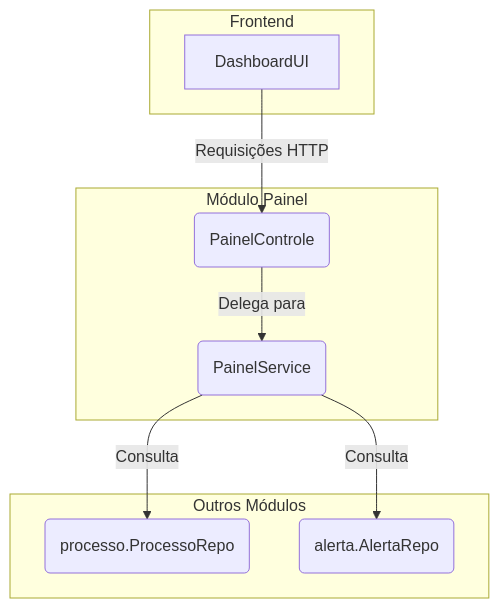
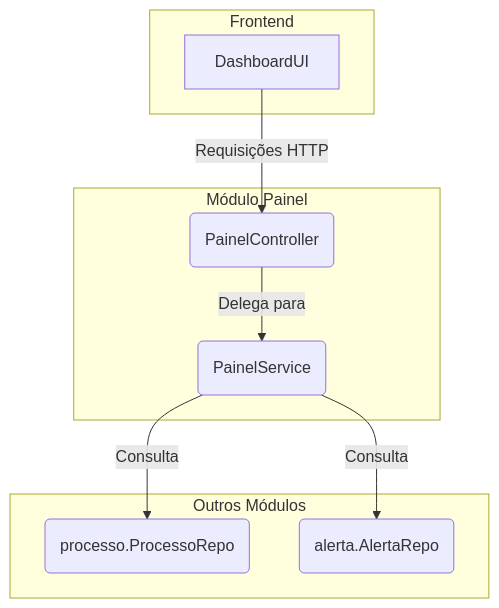
One commit to lgalvao/sgc changed the diagram in backend/src/main/java/sgc/painel/README.md. Above: the diagram before and after it, drawn with Mermaid. The commit also changed other lines of this file and 13 other files, not shown here.

````diff
--- a/backend/src/main/java/sgc/painel/README.md
+++ b/backend/src/main/java/sgc/painel/README.md
@@ -9,21 +9,21 @@
 ```mermaid
 graph TD
     subgraph "Frontend"
         DashboardUI
     end
 
     subgraph "Módulo Painel"
-        Controle(PainelControle)
+        Controle(PainelController)
         Service(PainelService)
     end
 
     subgraph "Outros Módulos"
         ProcessoRepo(processo.ProcessoRepo)
         AlertaRepo(alerta.AlertaRepo)
     end
 
     DashboardUI -- Requisições HTTP --> Controle
     Controle -- Delega para --> Service
     Service -- Consulta --> ProcessoRepo
     Service -- Consulta --> AlertaRepo
 ```
````
